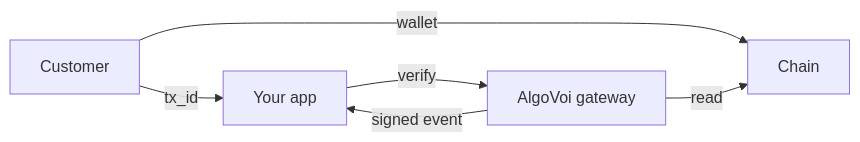
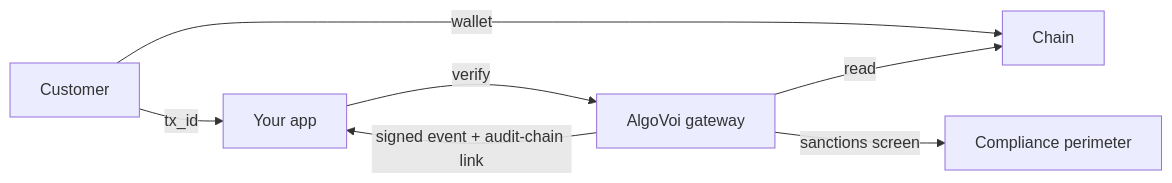
One commit to chopmob-cloud/docs changed the diagram in introduction.mdx. Above: the diagram before and after it, drawn with Mermaid. The commit also changed other lines of this file, not shown here.

````diff
--- a/introduction.mdx
+++ b/introduction.mdx
@@ -47,8 +55,9 @@
 ```mermaid
 flowchart LR
   Customer -->|wallet| Chain
   Customer -->|tx_id| Tenant[Your app]
   Tenant -->|verify| AlgoVoi[AlgoVoi gateway]
+  AlgoVoi -->|sanctions screen| Compliance[Compliance perimeter]
   AlgoVoi -->|read| Chain
-  AlgoVoi -->|signed event| Tenant
+  AlgoVoi -->|signed event + audit-chain link| Tenant
 ```
````
